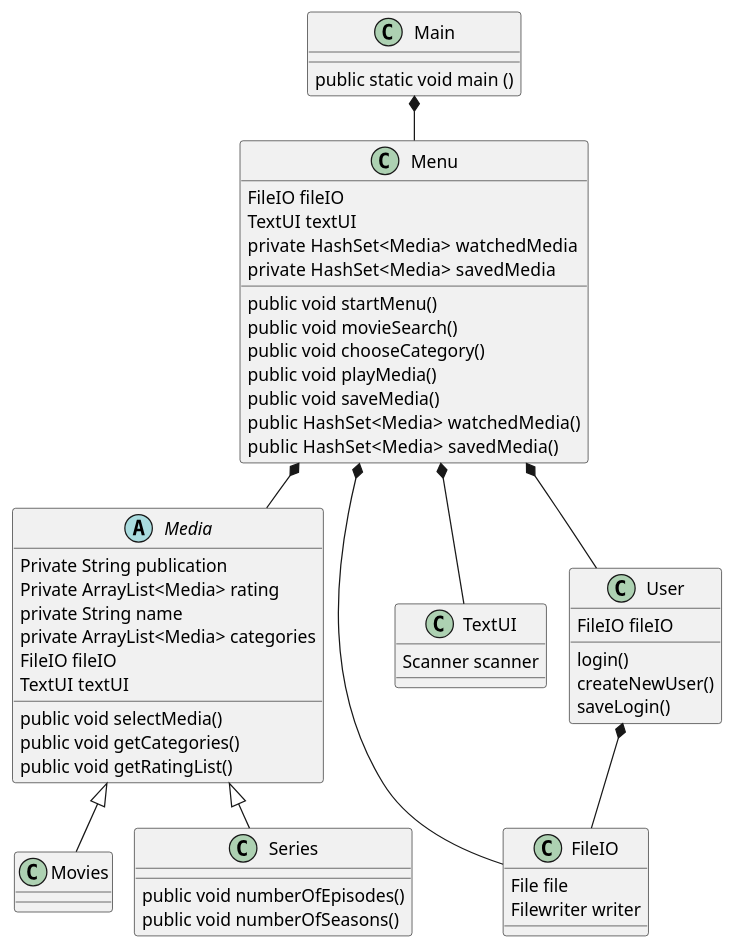
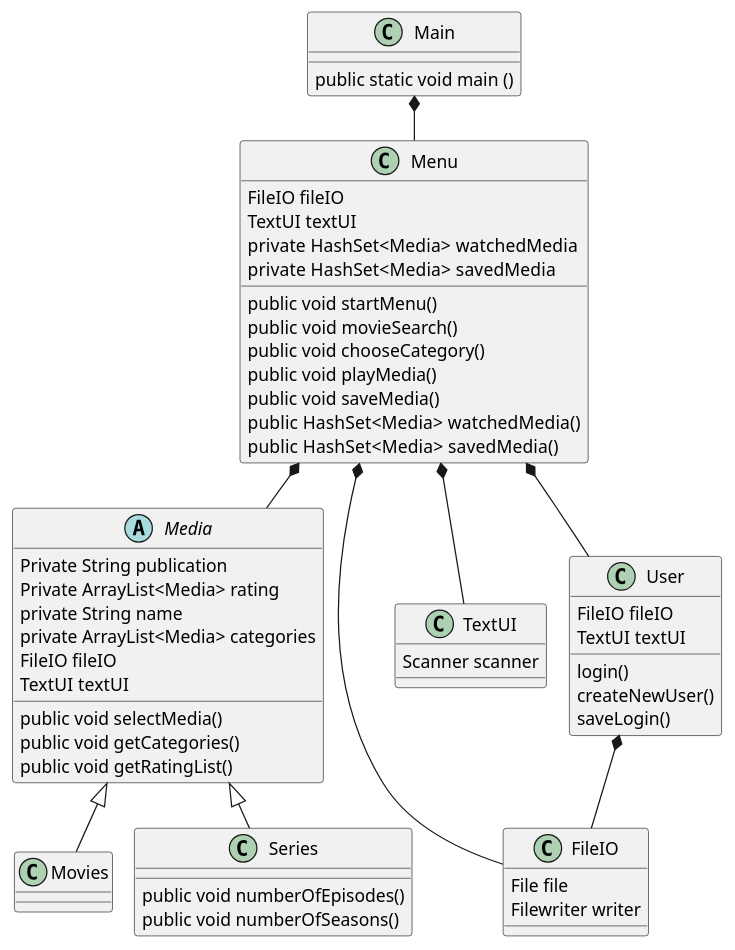
The diagram in .idea/Class.puml (MichellaBech/SP3), drawn with PlantUML before and after one commit.

```diff
--- a/.idea/Class.puml
+++ b/.idea/Class.puml
@@ -1,81 +1,82 @@
 @startuml
 'https://plantuml.com/class-diagram
 !pragma layout smetana
 
 class FileIO
 class Movies
 class Series
 Abstract Class Media
 class TextUI
 class User
 class Menu
 class Main
 
 Media <|-- Movies
 Media <|-- Series
 
 Main *-- Menu
 Menu *-- User
 Menu *-- Media
 Menu *-- FileIO
 Menu *-- TextUI
 User *-- FileIO
 
 class TextUI
 {
 Scanner scanner
 }
 
 class FileIO {
 File file
 Filewriter writer
 }
 
 class Main {
 public static void main ()
 }
 
 Abstract Class Media {
 Private String publication
 Private ArrayList<Media> rating
 private String name
 private ArrayList<Media> categories
 FileIO fileIO
 TextUI textUI
 public void selectMedia()
 public void getCategories()
 public void getRatingList()
 }
 
 class Movies{
 
 }
 
 class Series {
 public void numberOfEpisodes()
 public void numberOfSeasons()
 }
 
 class User{
 FileIO fileIO
+TextUI textUI
 login()
 createNewUser()
 saveLogin()
 }
 
 class Menu {
 FileIO fileIO
 TextUI textUI
 private  HashSet<Media> watchedMedia
 private  HashSet<Media> savedMedia
 public void startMenu()
 public void movieSearch()
 public void chooseCategory()
 public void playMedia()
 public void saveMedia()
 public  HashSet<Media> watchedMedia()
 public  HashSet<Media> savedMedia()
 }
 
 
 @enduml
```
